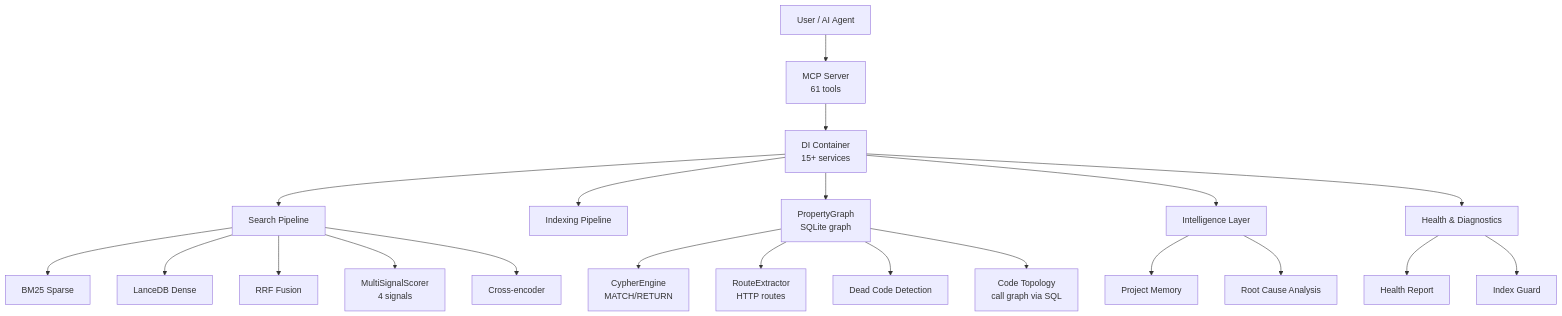
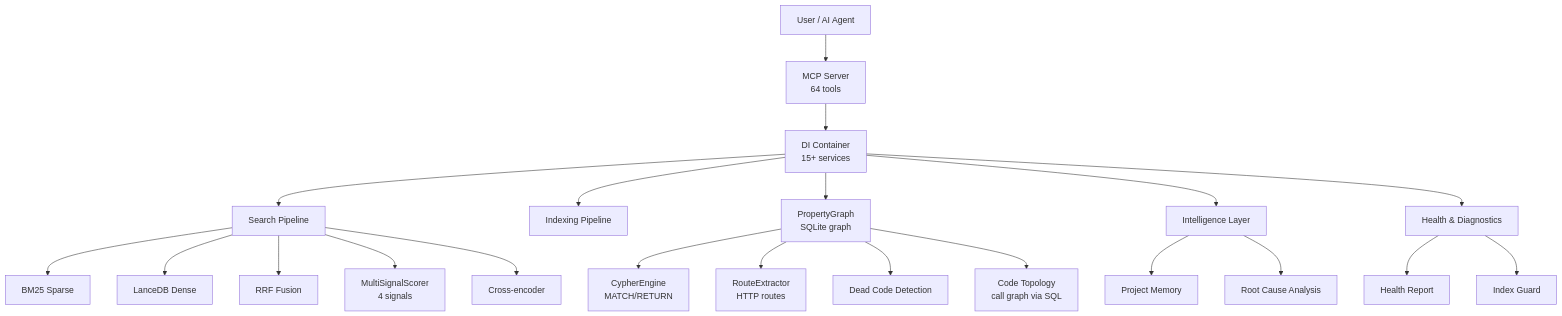
One commit to ManSio/mscodebase-intelligence changed the first of 8 diagrams in docs/ru/ARCHITECTURE_DEEP.md. Above: the diagram before and after it, drawn with Mermaid. The commit also changed other lines of this file and 19 other files, not shown here.

First line of the commit message:
docs: rewrite README and architecture/search guides for Phase 3

````diff
--- a/docs/ru/ARCHITECTURE_DEEP.md
+++ b/docs/ru/ARCHITECTURE_DEEP.md
@@ -7,27 +11,27 @@
 ```mermaid
 flowchart TD
-    User[User / AI Agent] --> MCP[MCP Server\n61 tools]
+    User[User / AI Agent] --> MCP[MCP Server\n64 tools]
     MCP --> DI[DI Container\n15+ services]
     DI --> Search[Search Pipeline]
     DI --> Index[Indexing Pipeline]
     DI --> Graph[PropertyGraph\nSQLite graph]
     DI --> Intel[Intelligence Layer]
     DI --> Health[Health & Diagnostics]
     
     Search --> BM25[BM25 Sparse]
     Search --> Dense[LanceDB Dense]
     Search --> RRF[RRF Fusion]
     Search --> MultiSig[MultiSignalScorer\n4 signals]
     Search --> Rerank[Cross-encoder]
     
     Graph --> Cypher[CypherEngine\nMATCH/RETURN]
     Graph --> Route[RouteExtractor\nHTTP routes]
     Graph --> Dead[Dead Code Detection]
     Graph --> Topology[Code Topology\ncall graph via SQL]
     
     Intel --> Memory[Project Memory]
     Intel --> RCA[Root Cause Analysis]
     
     Health --> Report[Health Report]
     Health --> Guard[Index Guard]
 ```
````
